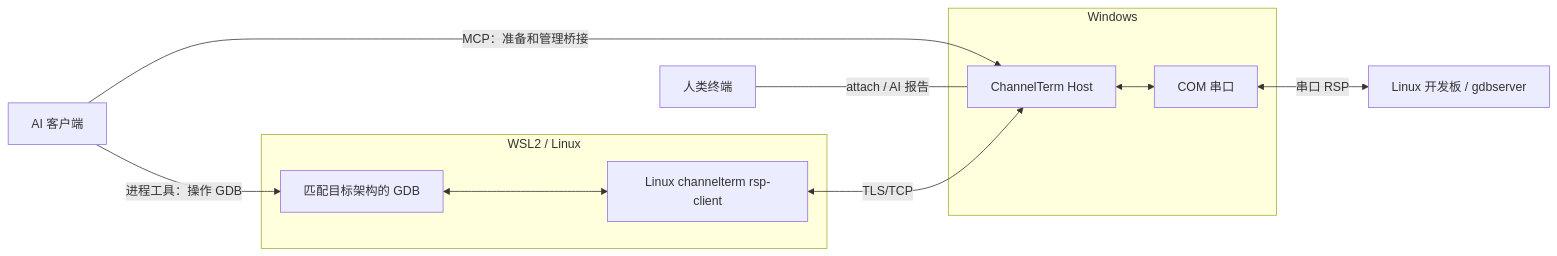
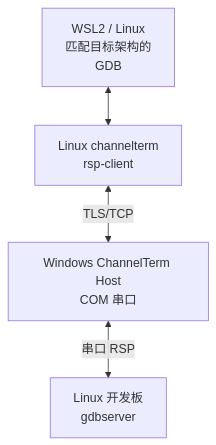
One commit to akira-init1/ChannelTerm changed the second of 3 diagrams in README.zh-CN.md. Above: the diagram before and after it, drawn with Mermaid. The commit also changed other lines of this file and 13 other files, not shown here.

First line of the commit message:
docs(diagrams): clarify shared terminal and debugger data flows

````diff
--- a/README.zh-CN.md
+++ b/README.zh-CN.md
@@ -239,21 +254,10 @@
 ```mermaid
-flowchart LR
-    AI["AI 客户端"]
-    Human["人类终端"]
-    subgraph Windows
-        Host["ChannelTerm Host"]
-        COM["COM 串口"]
-        Host <--> COM
-    end
-    subgraph WSL2["WSL2 / Linux"]
-        GDB["匹配目标架构的 GDB"]
-        Helper["Linux channelterm rsp-client"]
-        GDB <--> Helper
-    end
-    Board["Linux 开发板 / gdbserver"]
-    AI -->|"MCP：准备和管理桥接"| Host
-    AI -->|"进程工具：操作 GDB"| GDB
-    Human ---|"attach / AI 报告"| Host
+flowchart TB
+    GDB["WSL2 / Linux<br/>匹配目标架构的<br/>GDB"]
+    Helper["Linux channelterm<br/>rsp-client"]
+    Host["Windows ChannelTerm Host<br/>COM 串口"]
+    Board["Linux 开发板<br/>gdbserver"]
+    GDB <--> Helper
     Helper <-->|"TLS/TCP"| Host
-    COM <-->|"串口 RSP"| Board
+    Host <-->|"串口 RSP"| Board
 ```
````
